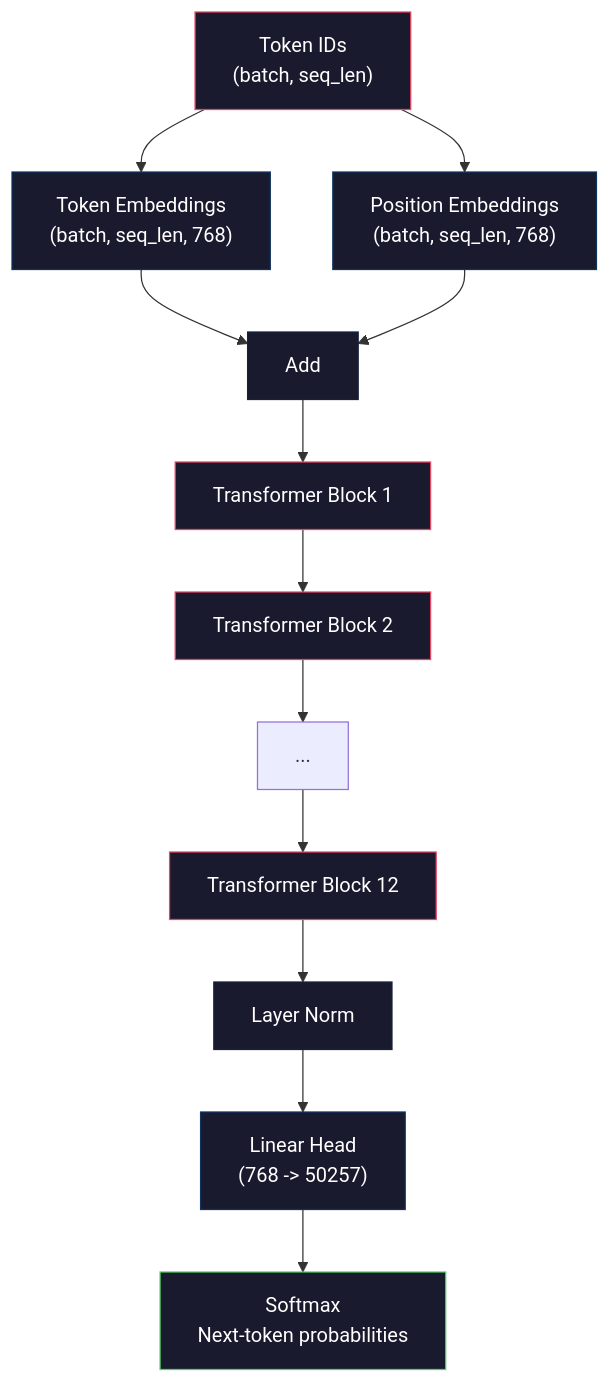
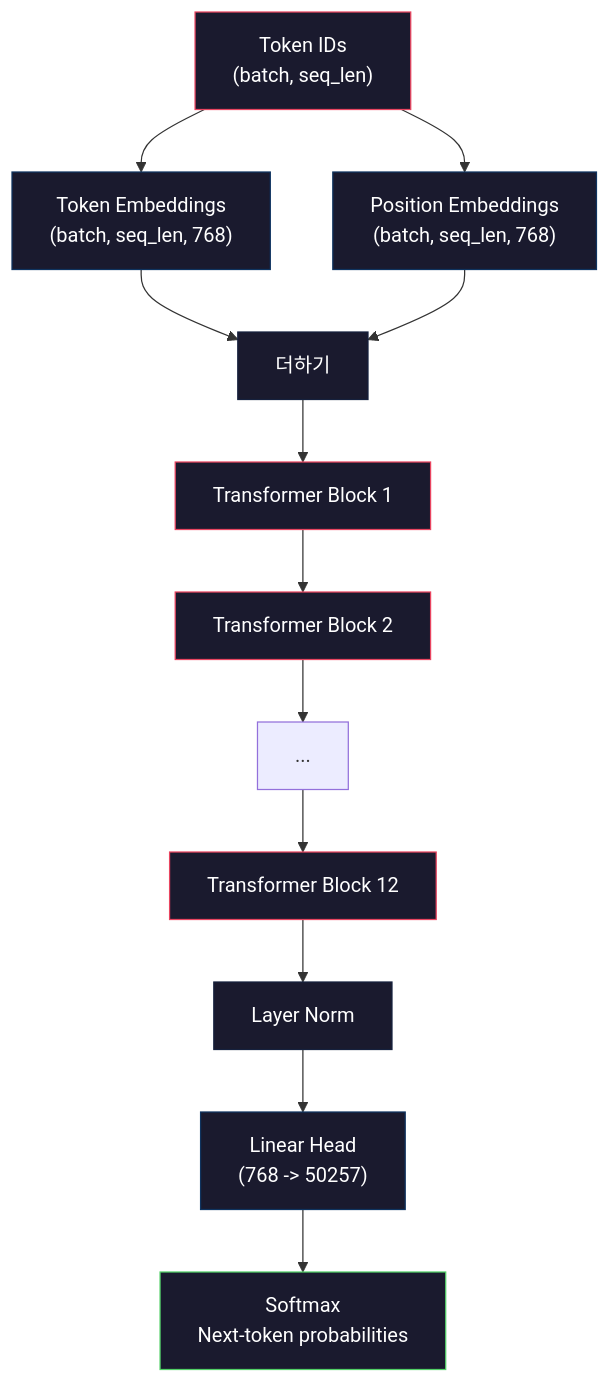
One commit to ChoBazzi/ai-engineering-from-scratch changed the first of 3 diagrams in phases/10-llms-from-scratch/04-pre-training-mini-gpt/docs/en.md. Above: the diagram before and after it, drawn with Mermaid. The commit also changed other lines of this file and 868 other files, not shown here.

````diff
--- a/phases/10-llms-from-scratch/04-pre-training-mini-gpt/docs/en.md
+++ b/phases/10-llms-from-scratch/04-pre-training-mini-gpt/docs/en.md
@@ -48,25 +48,25 @@
 ```mermaid
 graph TD
     A["Token IDs\n(batch, seq_len)"] --> B["Token Embeddings\n(batch, seq_len, 768)"]
     A --> C["Position Embeddings\n(batch, seq_len, 768)"]
-    B --> D["Add"]
+    B --> D["더하기"]
     C --> D
     D --> E["Transformer Block 1"]
     E --> F["Transformer Block 2"]
     F --> G["..."]
     G --> H["Transformer Block 12"]
     H --> I["Layer Norm"]
     I --> J["Linear Head\n(768 -> 50257)"]
     J --> K["Softmax\nNext-token probabilities"]
 
     style A fill:#1a1a2e,stroke:#e94560,color:#fff
     style B fill:#1a1a2e,stroke:#0f3460,color:#fff
     style C fill:#1a1a2e,stroke:#0f3460,color:#fff
     style D fill:#1a1a2e,stroke:#16213e,color:#fff
     style E fill:#1a1a2e,stroke:#e94560,color:#fff
     style F fill:#1a1a2e,stroke:#e94560,color:#fff
     style H fill:#1a1a2e,stroke:#e94560,color:#fff
     style I fill:#1a1a2e,stroke:#16213e,color:#fff
     style J fill:#1a1a2e,stroke:#0f3460,color:#fff
     style K fill:#1a1a2e,stroke:#51cf66,color:#fff
 ```
````
